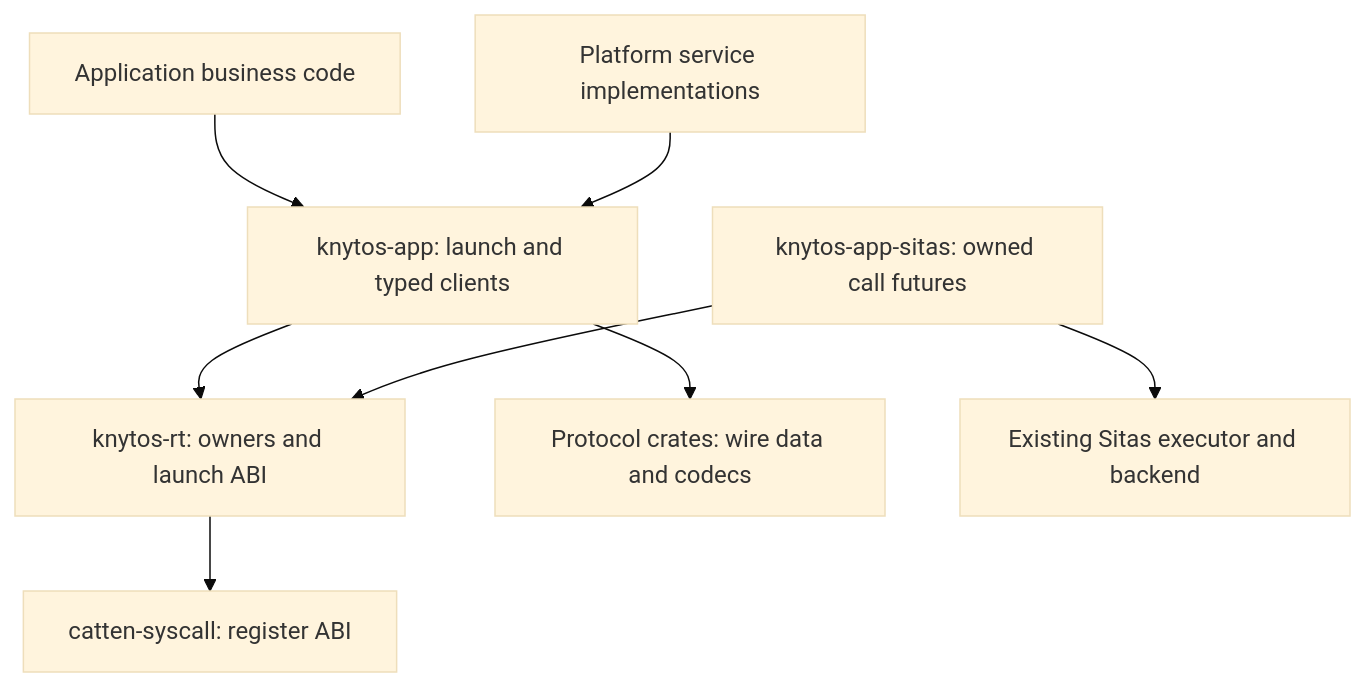
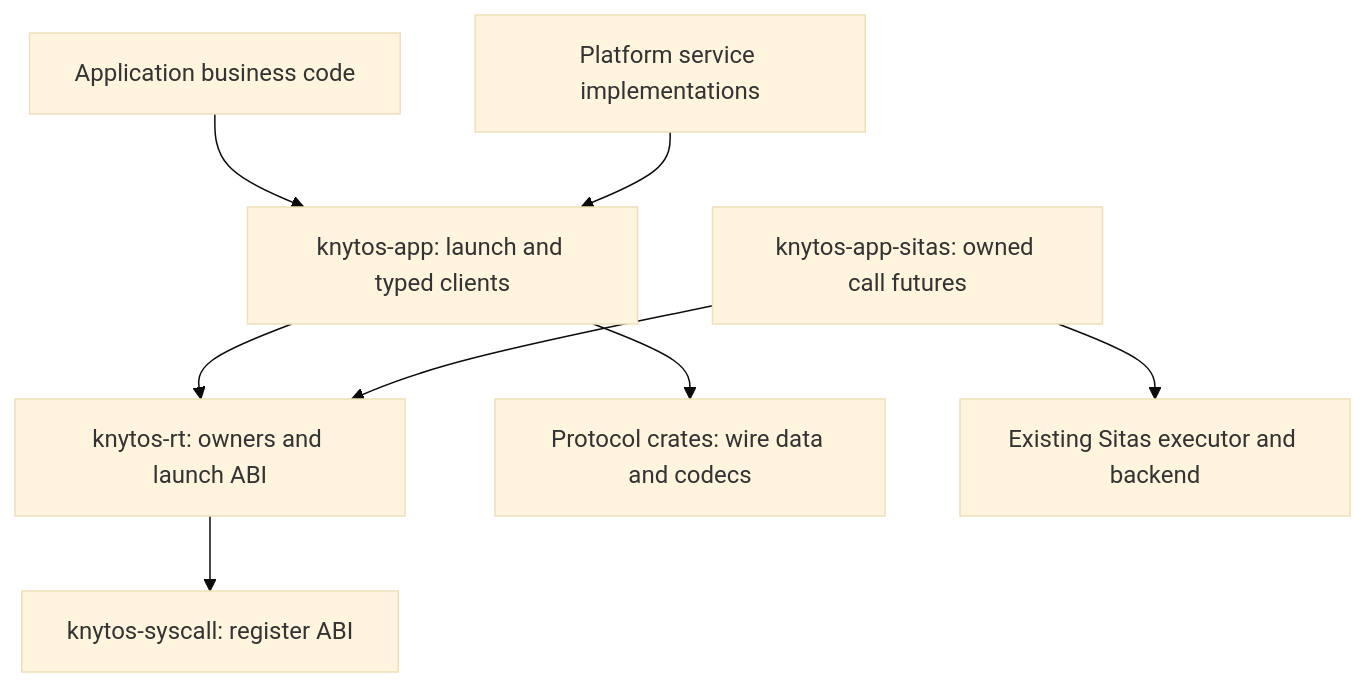
One commit to FrodeRanders/charlotte-os changed the diagram in docs/architecture/userspace-ergonomics.md. Above: the diagram before and after it, drawn with Mermaid (base theme). The commit also changed other lines of this file and 199 other files, not shown here.

Commit message:
catten-syscall -> knytos-syscall

````diff
--- a/docs/architecture/userspace-ergonomics.md
+++ b/docs/architecture/userspace-ergonomics.md
@@ -31,10 +31,10 @@
 ```mermaid
 flowchart TD
     App[Application business code] --> Clients[knytos-app: launch and typed clients]
     Services[Platform service implementations] --> Clients
     Clients --> Runtime[knytos-rt: owners and launch ABI]
     Clients --> Wire[Protocol crates: wire data and codecs]
-    Runtime --> Syscalls[catten-syscall: register ABI]
+    Runtime --> Syscalls[knytos-syscall: register ABI]
     Async[knytos-app-sitas: owned call futures] --> Runtime
     Async --> Sitas[Existing Sitas executor and backend]
 ```
````
